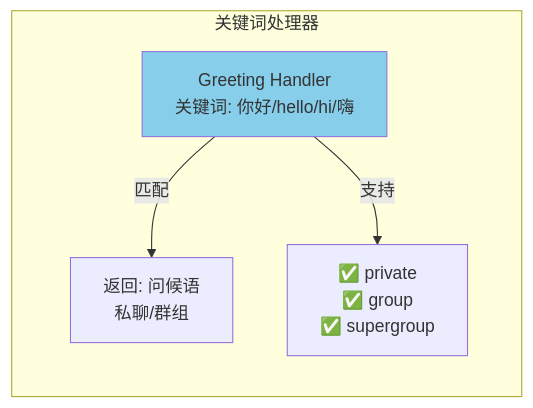
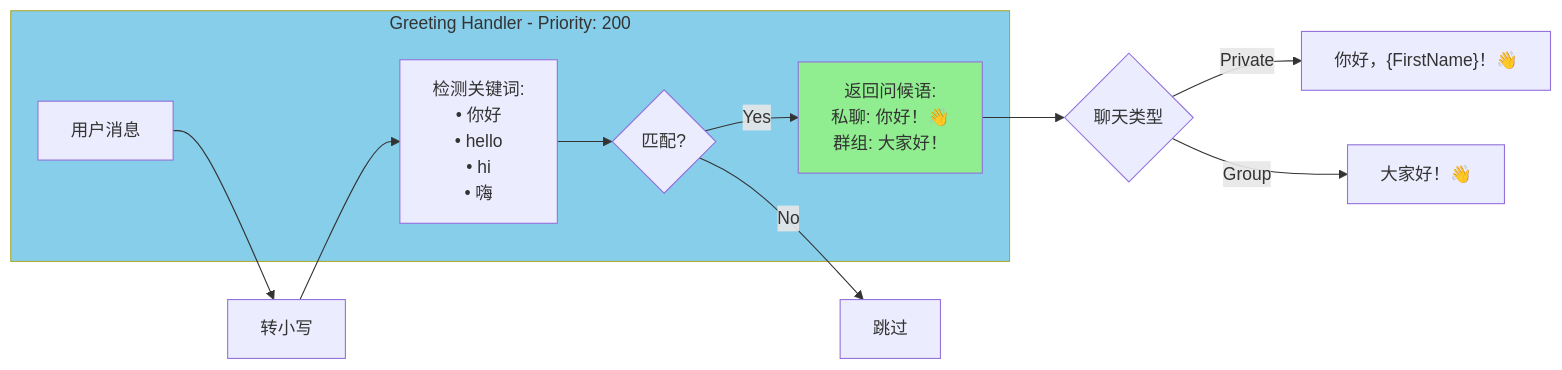
Before and after one commit to asmitul/go-telegram-bot: the fifth of 26 diagrams in docs/architecture-diagram.md, drawn with Mermaid. The commit also changed other lines of this file, not shown here.

Commit message:
✔️ 更新architecture-diagram.md文档

````diff
--- a/docs/architecture-diagram.md
+++ b/docs/architecture-diagram.md
@@ -78,12 +245,22 @@
 ```mermaid
 graph LR
-    subgraph Keywords[关键词处理器]
-        direction TB
-        Greeting["Greeting Handler<br/>关键词: 你好/hello/hi/嗨"]
-
-        Greeting --> |匹配| GreetResp["返回: 问候语<br/>私聊/群组"]
-        Greeting --> |支持| ChatTypes["✅ private<br/>✅ group<br/>✅ supergroup"]
+    subgraph GreetingHandler[Greeting Handler - Priority: 200]
+        Input["用户消息"]
+        Keywords["检测关键词:<br/>• 你好<br/>• hello<br/>• hi<br/>• 嗨"]
+        Match{匹配?}
+        Response["返回问候语:<br/>私聊: 你好！👋<br/>群组: 大家好！"]
     end
 
-    style Greeting fill:#87CEEB
+    Input --> ToLower[转小写]
+    ToLower --> Keywords
+    Keywords --> Match
+    Match -->|Yes| Response
+    Match -->|No| Skip[跳过]
+
+    Response --> ChatType{聊天类型}
+    ChatType -->|Private| PrivateGreet["你好，{FirstName}！👋"]
+    ChatType -->|Group| GroupGreet["大家好！👋"]
+
+    style GreetingHandler fill:#87CEEB
+    style Response fill:#90EE90
 ```
````
